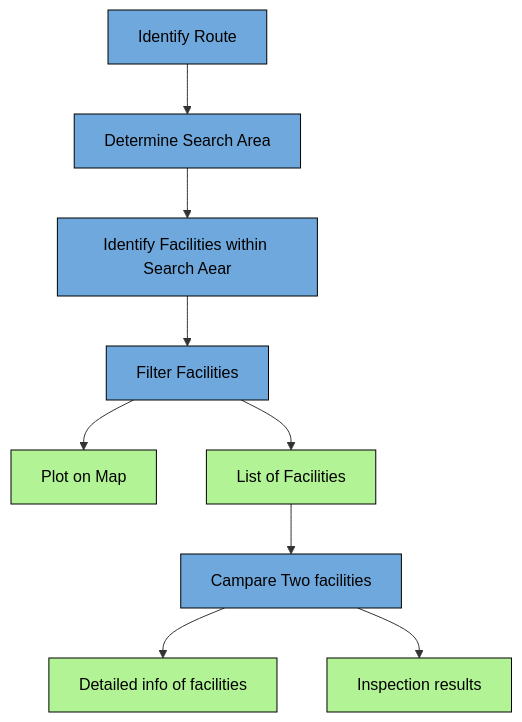
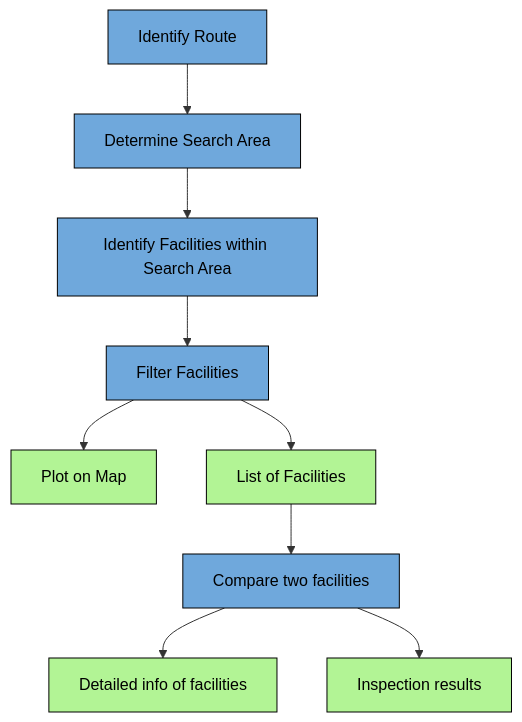
The diagram in README.md (abidgen/nyc_childcare_finder), drawn with Mermaid before and after one commit. The commit also changed other lines of this file, not shown here.

````diff
--- a/README.md
+++ b/README.md
@@ -32,15 +32,15 @@
 ```mermaid
 flowchart TD
     A[Identify Route]:::process --> B[Determine Search Area]:::process
-    B --> C[Identify Facilities within Search Aear]:::process
+    B --> C[Identify Facilities within Search Area]:::process
     C --> D[Filter Facilities]:::process
     D --> E[Plot on Map]:::result
     D --> F[List of Facilities]:::result
-    F --> G[Campare Two facilities]:::process
+    F --> G[Compare two facilities]:::process
     G --> H[Detailed info of facilities]:::result 
     G --> I[Inspection results]:::result
     
     classDef process fill:#6fa8dc,stroke:#000,stroke-width:1px,color:#000;
     classDef result fill:#b2f495,stroke:#000,stroke-width:1px,color:#000;
 
 ```
````
